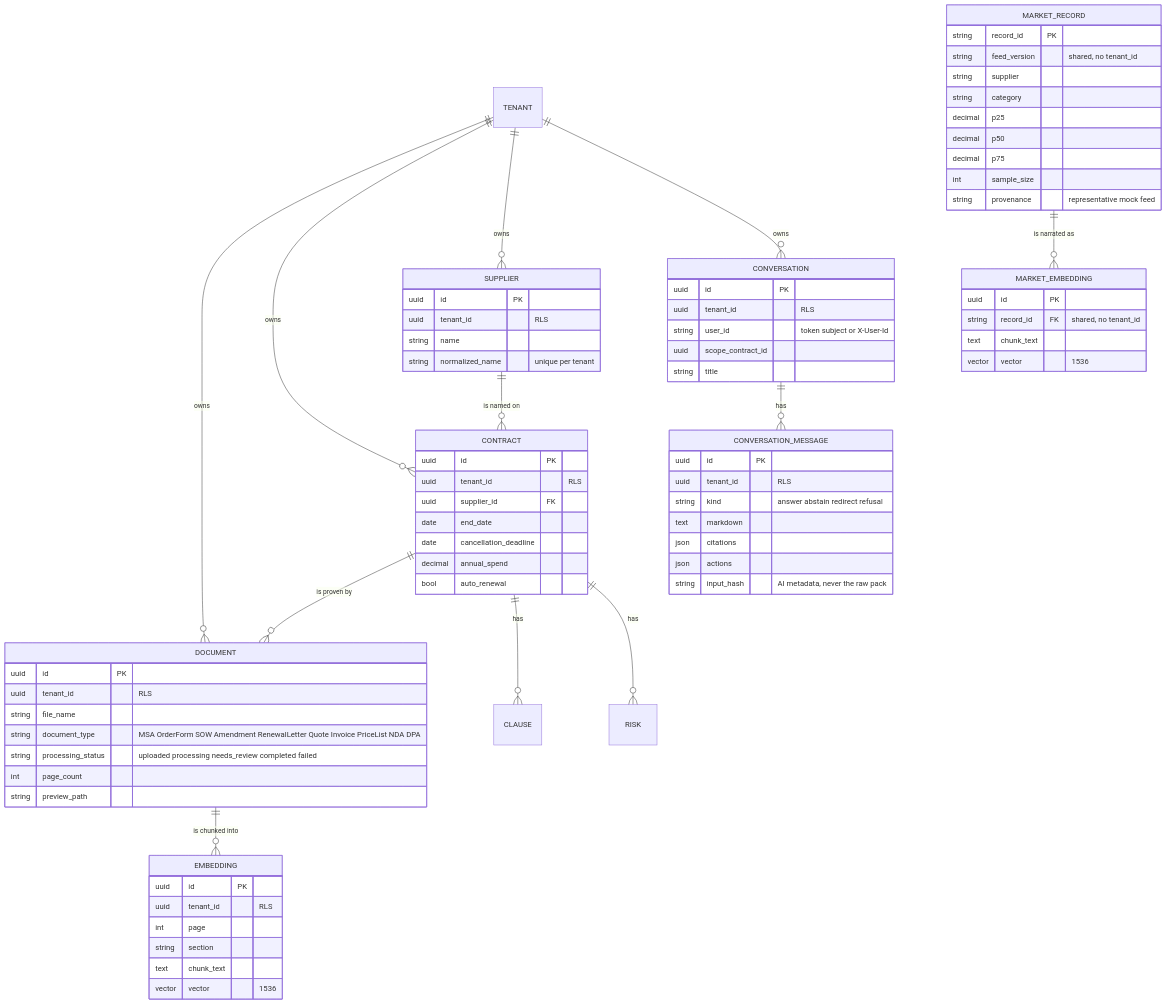
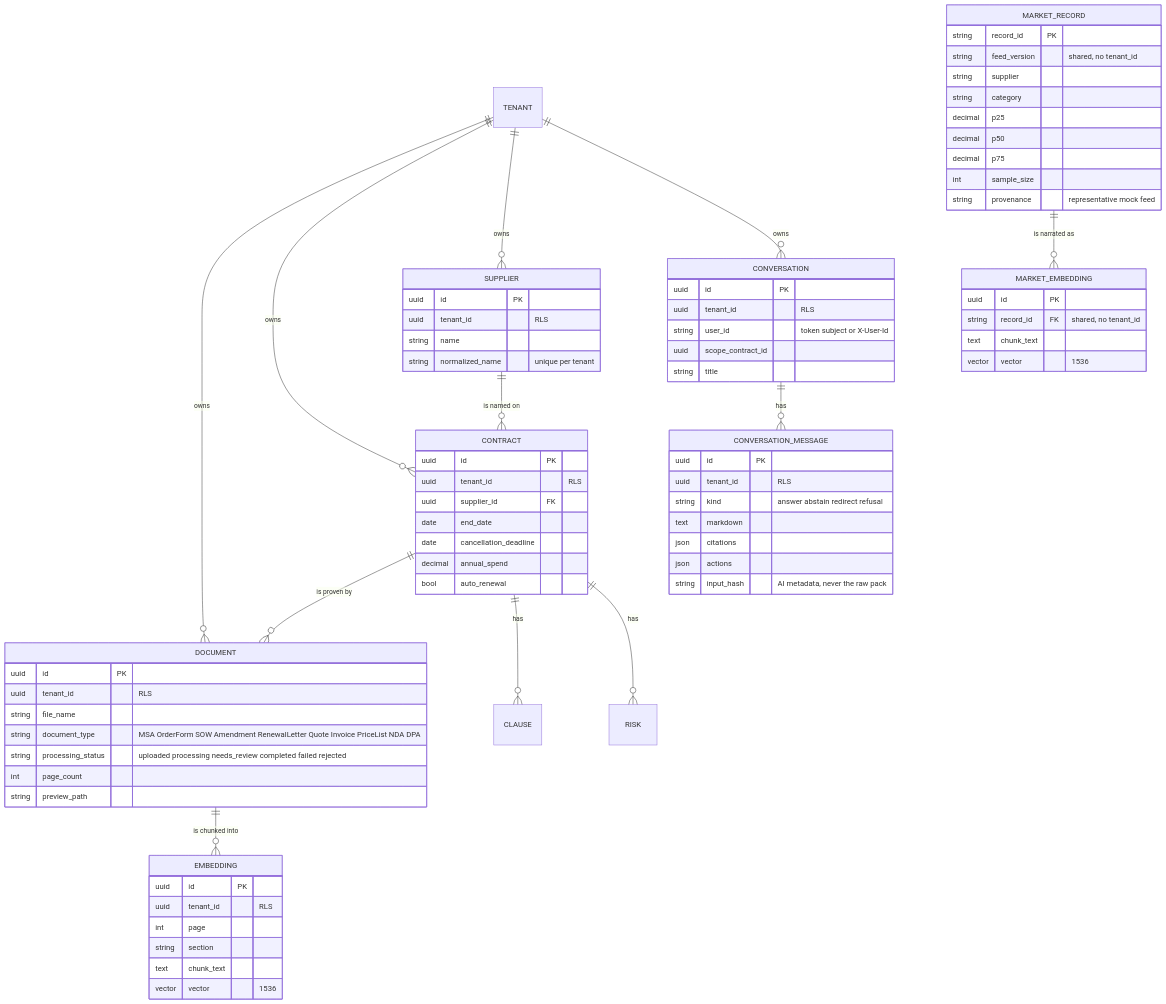
The sixth of 7 diagrams in docs/architecture/ask-raffa-v2-data-flow.md (lucalamalfa91/Raffa.ai), drawn with Mermaid before and after one commit. The commit also changed other lines of this file and 3 other files, not shown here.

First line of the commit message:
docs: align README and flows with the post-W19 product

````diff
--- a/docs/architecture/ask-raffa-v2-data-flow.md
+++ b/docs/architecture/ask-raffa-v2-data-flow.md
@@ -319,80 +339,80 @@
 ```mermaid
 erDiagram
   TENANT ||--o{ DOCUMENT : owns
   TENANT ||--o{ CONTRACT : owns
   TENANT ||--o{ SUPPLIER : owns
   TENANT ||--o{ CONVERSATION : owns
   SUPPLIER ||--o{ CONTRACT : "is named on"
   CONTRACT ||--o{ DOCUMENT : "is proven by"
   CONTRACT ||--o{ CLAUSE : has
   CONTRACT ||--o{ RISK : has
   DOCUMENT ||--o{ EMBEDDING : "is chunked into"
   CONVERSATION ||--o{ CONVERSATION_MESSAGE : has
   MARKET_RECORD ||--o{ MARKET_EMBEDDING : "is narrated as"
 
   DOCUMENT {
     uuid id PK
     uuid tenant_id "RLS"
     string file_name
     string document_type "MSA OrderForm SOW Amendment RenewalLetter Quote Invoice PriceList NDA DPA"
-    string processing_status "uploaded processing needs_review completed failed"
+    string processing_status "uploaded processing needs_review completed failed rejected"
     int page_count
     string preview_path
   }
   CONTRACT {
     uuid id PK
     uuid tenant_id "RLS"
     uuid supplier_id FK
     date end_date
     date cancellation_deadline
     decimal annual_spend
     bool auto_renewal
   }
   SUPPLIER {
     uuid id PK
     uuid tenant_id "RLS"
     string name
     string normalized_name "unique per tenant"
   }
   EMBEDDING {
     uuid id PK
     uuid tenant_id "RLS"
     int page
     string section
     text chunk_text
     vector vector "1536"
   }
   CONVERSATION {
     uuid id PK
     uuid tenant_id "RLS"
     string user_id "token subject or X-User-Id"
     uuid scope_contract_id
     string title
   }
   CONVERSATION_MESSAGE {
     uuid id PK
     uuid tenant_id "RLS"
     string kind "answer abstain redirect refusal"
     text markdown
     json citations
     json actions
     string input_hash "AI metadata, never the raw pack"
   }
   MARKET_RECORD {
     string record_id PK
     string feed_version "shared, no tenant_id"
     string supplier
     string category
     decimal p25
     decimal p50
     decimal p75
     int sample_size
     string provenance "representative mock feed"
   }
   MARKET_EMBEDDING {
     uuid id PK
     string record_id FK "shared, no tenant_id"
     text chunk_text
     vector vector "1536"
   }
 ```
````
